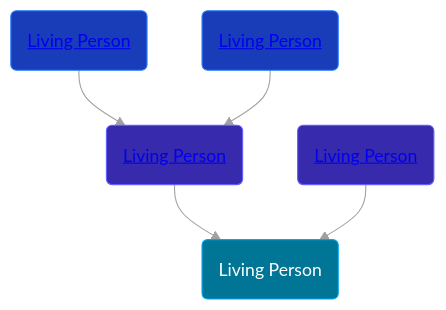
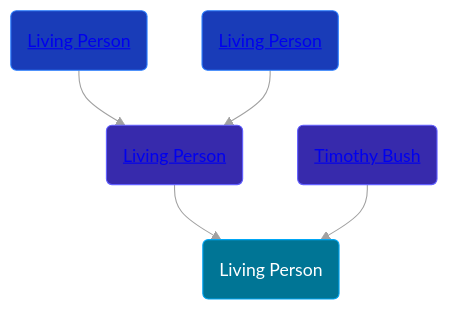
Before and after one commit to wpmgotkh/wpmgotkh.github.io: the diagram in pages/people/2/27255579.md, drawn with Mermaid. The commit also changed other lines of this file and 213 other files, not shown here.

````diff
--- a/pages/people/2/27255579.md
+++ b/pages/people/2/27255579.md
@@ -10,12 +10,12 @@
 ```mermaid
 graph
 classDef grands fill:#193cb8,stroke:#2b7fff,stroke-width:1px,color:#fff;
 classDef parents fill:#372aac,stroke:#615fff,stroke-width:1px,color:#fff;
 classDef primary fill:#007595,stroke:#00a6f4,stroke-width:1px,color:#fff;
 27255579(Living Person):::primary
 95526608(<a class="text-white" href="/people/9/95526608">Living Person</a>):::parents-->27255579
 9854708(<a class="text-white" href="/people/9/9854708">Living Person</a>):::grands-->95526608
 91489330(<a class="text-white" href="/people/9/91489330">Living Person</a>):::grands-->95526608
-33561872(<a class="text-white" href="/people/3/33561872">Living Person</a>):::parents-->27255579
+33561872(<a class="text-white" href="/people/3/33561872">Timothy Bush</a>):::parents-->27255579
 linkStyle default stroke:#a1a1a1
 ```
````
